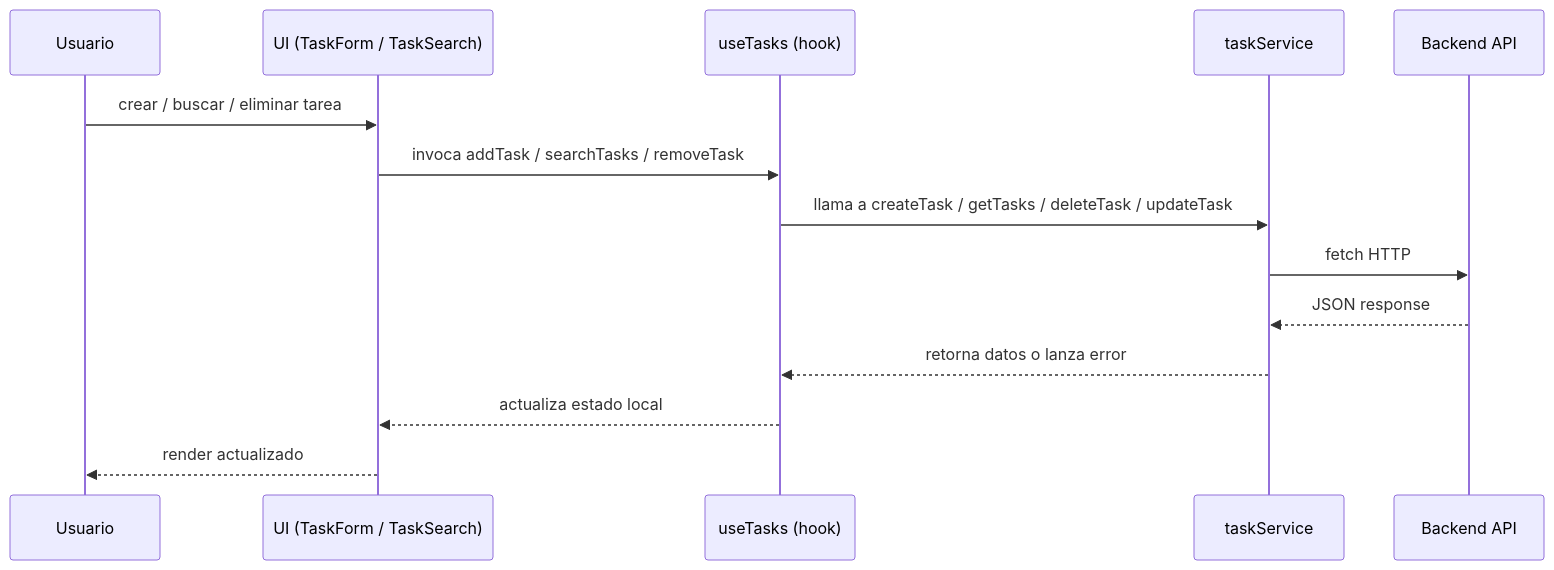
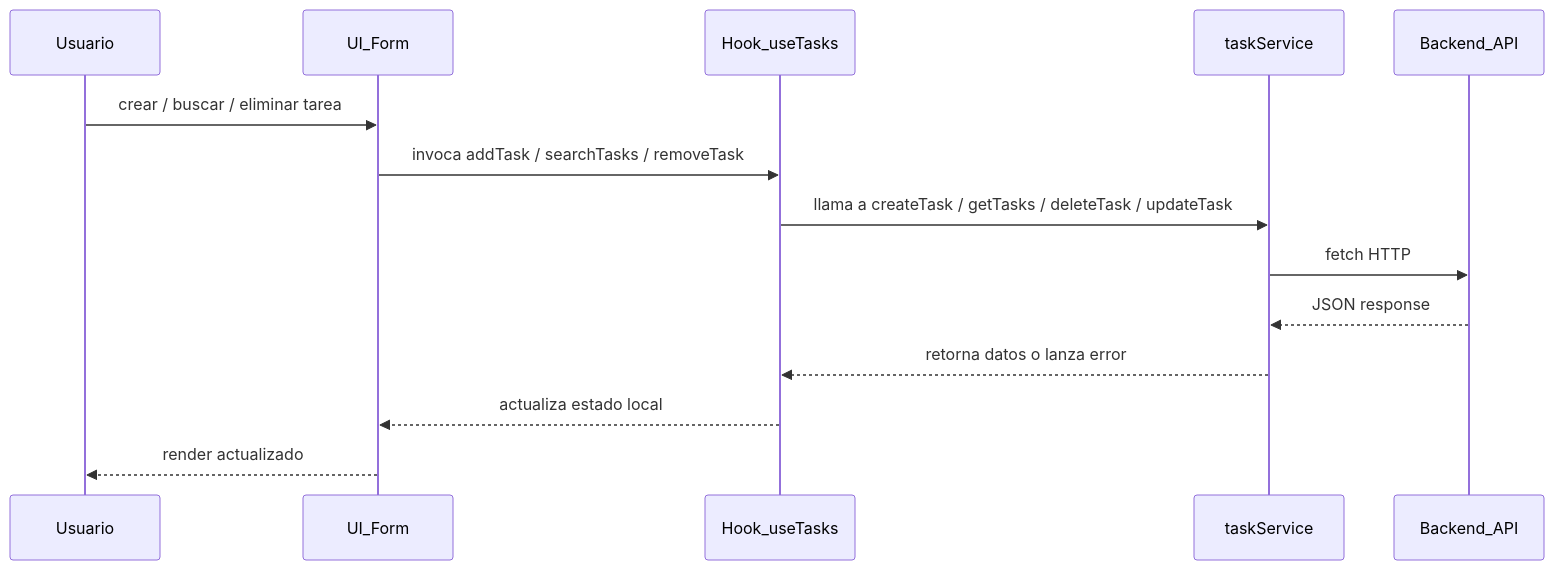
Before and after one commit to Fran3103/gestor-de-tareas: the second of 2 diagrams in frontend/taskApi/README.md, drawn with Mermaid. The commit also changed other lines of this file and 3 other files, not shown here.

````diff
--- a/frontend/taskApi/README.md
+++ b/frontend/taskApi/README.md
@@ -39,17 +37,17 @@
 ```mermaid
 sequenceDiagram
-	participant U as Usuario
-	participant UI as UI (TaskForm / TaskSearch)
-	participant H as useTasks (hook)
-	participant S as taskService
-	participant API as Backend API
+  participant U as Usuario
+  participant UI as UI_Form
+  participant H as Hook_useTasks
+  participant S as taskService
+  participant API as Backend_API
 
-	U->>UI: crear / buscar / eliminar tarea
-	UI->>H: invoca addTask / searchTasks / removeTask
-	H->>S: llama a createTask / getTasks / deleteTask / updateTask
-	S->>API: fetch HTTP
-	API-->>S: JSON response
-	S-->>H: retorna datos o lanza error
-	H-->>UI: actualiza estado local
-	UI-->>U: render actualizado
+  U->>UI: crear / buscar / eliminar tarea
+  UI->>H: invoca addTask / searchTasks / removeTask
+  H->>S: llama a createTask / getTasks / deleteTask / updateTask
+  S->>API: fetch HTTP
+  API-->>S: JSON response
+  S-->>H: retorna datos o lanza error
+  H-->>UI: actualiza estado local
+  UI-->>U: render actualizado
 ```
````
